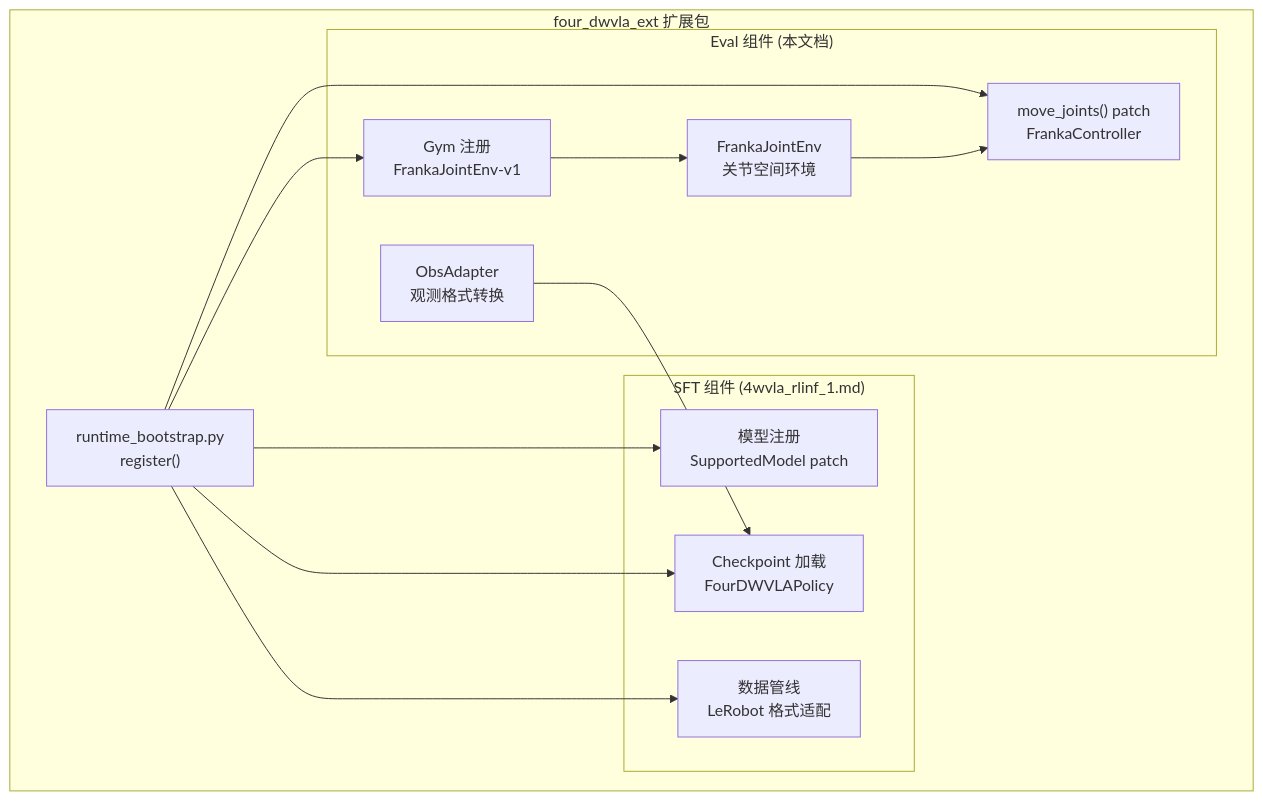
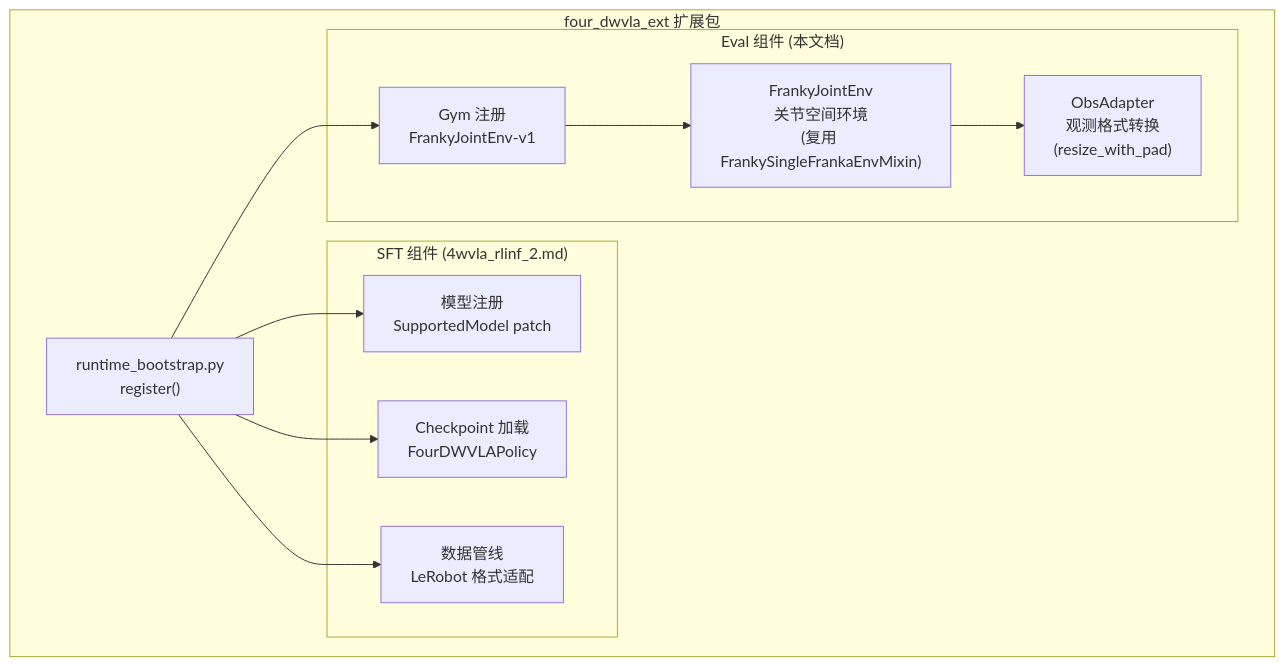
Before and after one commit to Avant-US/RLinf: the first of 14 diagrams in b/d/frk1/4wvla_rlinf_eval_2.md, drawn with Mermaid. The commit also changed other lines of this file and 14 other files, not shown here.

````diff
--- a/b/d/frk1/4wvla_rlinf_eval_2.md
+++ b/b/d/frk1/4wvla_rlinf_eval_2.md
@@ -97,29 +125,26 @@
 ```mermaid
 graph TB
     subgraph "four_dwvla_ext 扩展包"
         REG["runtime_bootstrap.py<br/>register()"]
 
-        subgraph "SFT 组件 (4wvla_rlinf_1.md)"
+        subgraph "SFT 组件 (4wvla_rlinf_2.md)"
             MODEL_REG["模型注册<br/>SupportedModel patch"]
             CKPT["Checkpoint 加载<br/>FourDWVLAPolicy"]
             DATA["数据管线<br/>LeRobot 格式适配"]
         end
 
         subgraph "Eval 组件 (本文档)"
-            JOINT_ENV["FrankaJointEnv<br/>关节空间环境"]
-            MOVE_PATCH["move_joints() patch<br/>FrankaController"]
-            GYM_REG["Gym 注册<br/>FrankaJointEnv-v1"]
-            OBS_ADAPT["ObsAdapter<br/>观测格式转换"]
+            JOINT_ENV["FrankyJointEnv<br/>关节空间环境<br/>(复用 FrankySingleFrankaEnvMixin)"]
+            GYM_REG["Gym 注册<br/>FrankyJointEnv-v1"]
+            OBS_ADAPT["ObsAdapter<br/>观测格式转换<br/>(resize_with_pad)"]
         end
 
         REG --> MODEL_REG
         REG --> CKPT
         REG --> DATA
-        REG --> MOVE_PATCH
         REG --> GYM_REG
     end
 
-    JOINT_ENV --> MOVE_PATCH
+    JOINT_ENV --> OBS_ADAPT
     GYM_REG --> JOINT_ENV
-    OBS_ADAPT --> CKPT
 ```
````
